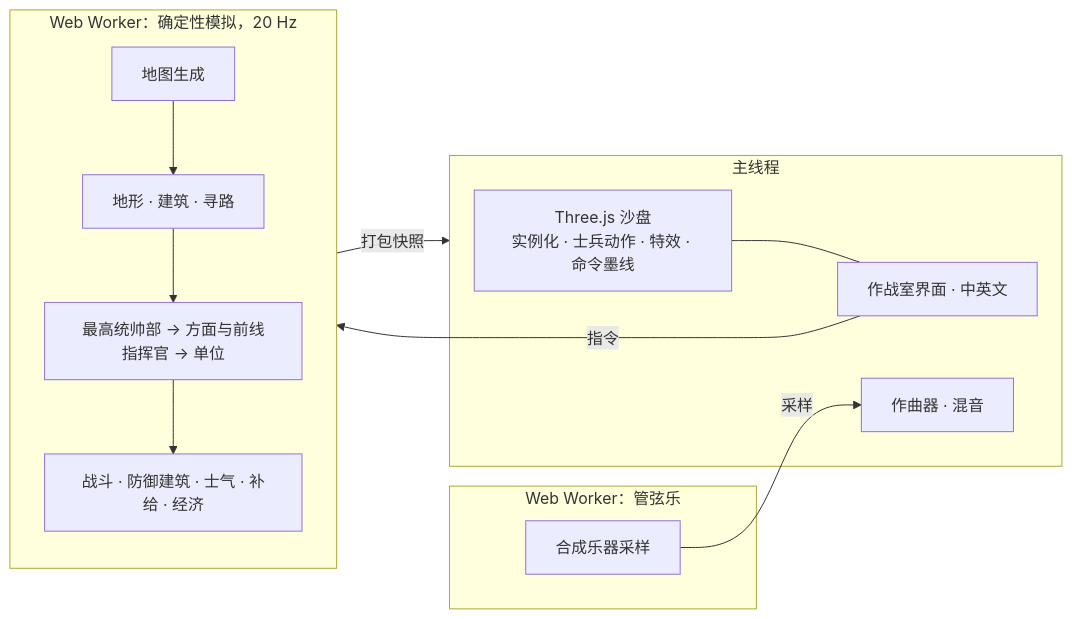
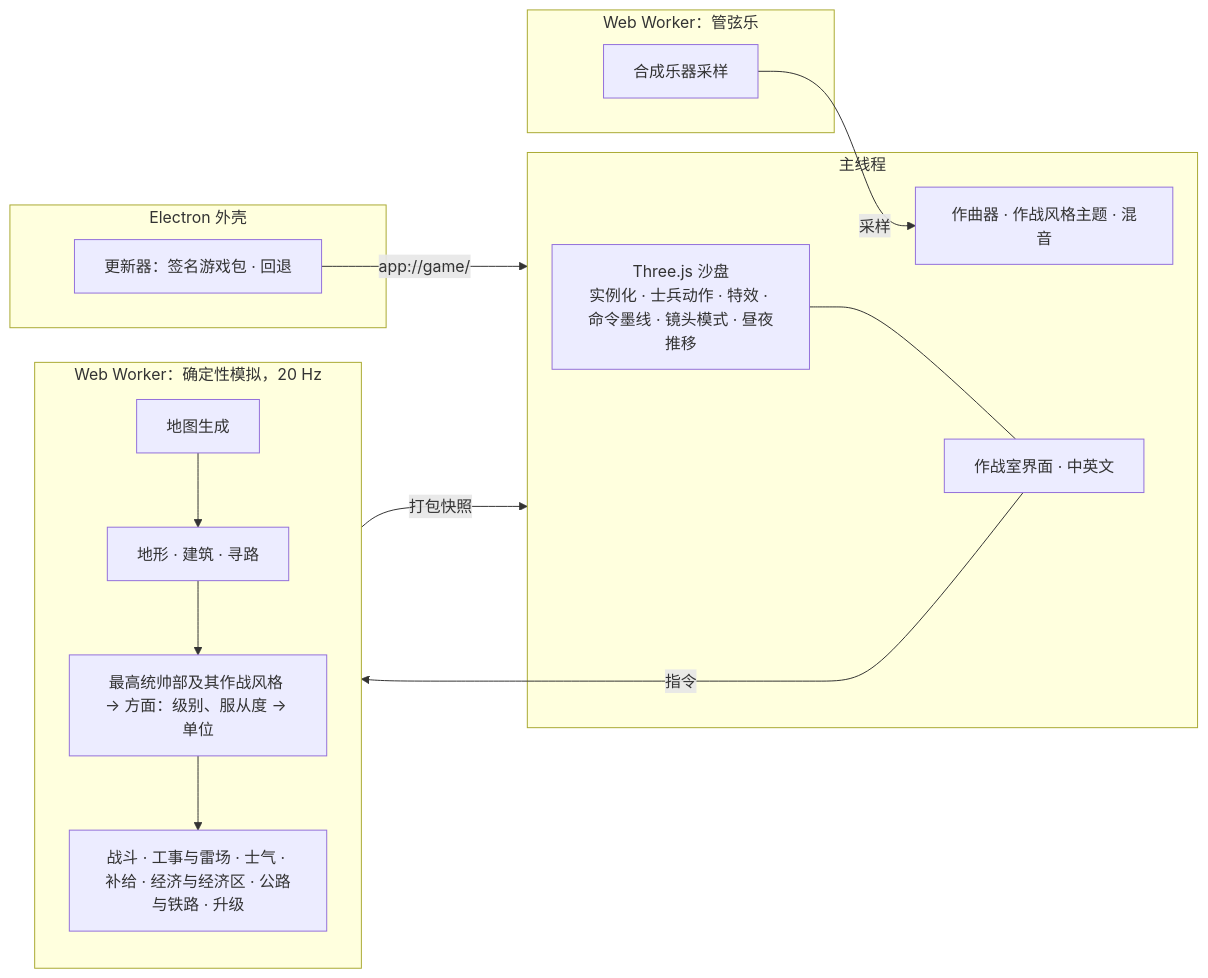
One commit to Zwl20085/LittleWarGame changed the second of 2 diagrams in README.zh-CN.md. Above: the diagram before and after it, drawn with Mermaid. The commit also changed other lines of this file, not shown here.

````diff
--- a/README.zh-CN.md
+++ b/README.zh-CN.md
@@ -275,18 +354,22 @@
 ```mermaid
 flowchart LR
   subgraph Worker[Web Worker：确定性模拟，20 Hz]
     MG[地图生成] --> T[地形 · 建筑 · 寻路]
-    T --> AI[最高统帅部 → 方面与前线指挥官 → 单位]
-    AI --> CB[战斗 · 防御建筑 · 士气 · 补给 · 经济]
+    T --> AI[最高统帅部及其作战风格 → 方面：级别、服从度 → 单位]
+    AI --> CB[战斗 · 工事与雷场 · 士气 · 补给 · 经济与经济区 · 公路与铁路 · 升级]
   end
   Worker -- 打包快照 --> Main
   subgraph Main[主线程]
-    R[Three.js 沙盘<br/>实例化 · 士兵动作 · 特效 · 命令墨线] --- UI[作战室界面 · 中英文]
-    AU[作曲器 · 混音]
+    R[Three.js 沙盘<br/>实例化 · 士兵动作 · 特效 · 命令墨线 · 镜头模式 · 昼夜推移] --- UI[作战室界面 · 中英文]
+    AU[作曲器 · 作战风格主题 · 混音]
   end
   subgraph Orch[Web Worker：管弦乐]
     OR[合成乐器采样]
   end
+  subgraph Shell[Electron 外壳]
+    UP[更新器：签名游戏包 · 回退]
+  end
   OR -- 采样 --> AU
   UI -- 指令 --> Worker
+  UP -- app://game/ --> Main
 ```
````
